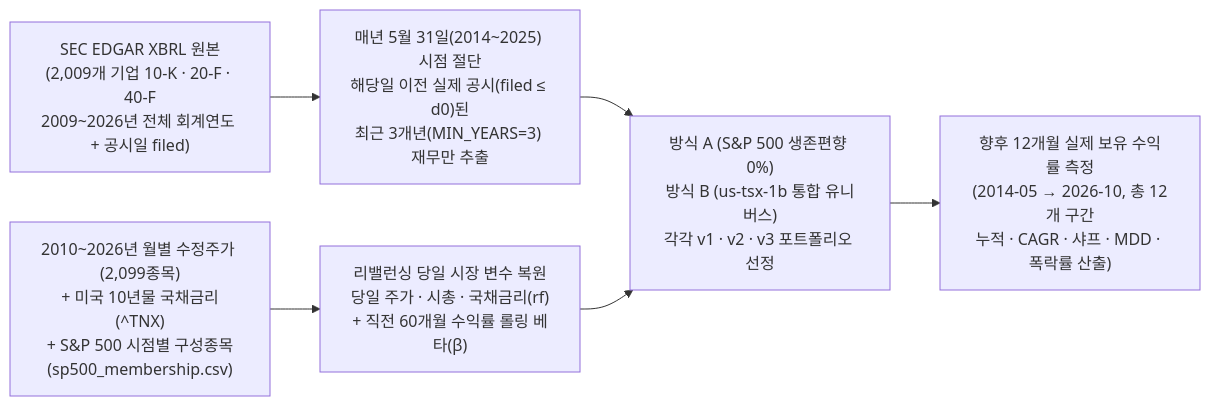
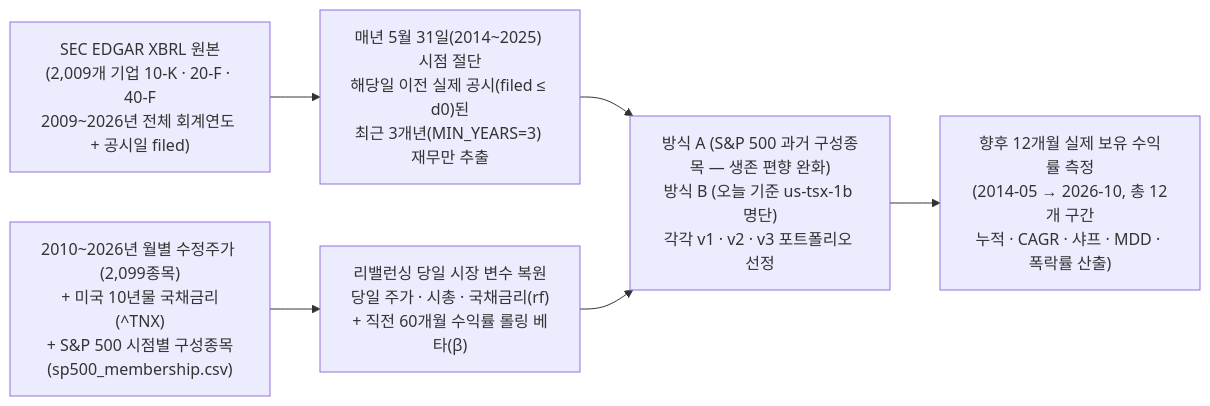
Before and after one commit to sean-ccho/Project_1: the third of 3 diagrams in docs/월스트리트_저평가주식_분석_및_v3제안.md, drawn with Mermaid. The commit also changed other lines of this file and 1 other file, not shown here.

````diff
--- a/docs/월스트리트_저평가주식_분석_및_v3제안.md
+++ b/docs/월스트리트_저평가주식_분석_및_v3제안.md
@@ -630,8 +660,8 @@
 ```mermaid
 flowchart LR
     A["SEC EDGAR XBRL 원본\n(2,009개 기업 10-K · 20-F · 40-F\n2009~2026년 전체 회계연도 + 공시일 filed)"] --> B["매년 5월 31일(2014~2025) 시점 절단\n해당일 이전 실제 공시(filed ≤ d0)된\n최근 3개년(MIN_YEARS=3) 재무만 추출"]
     C["2010~2026년 월별 수정주가 (2,099종목)\n+ 미국 10년물 국채금리(^TNX)\n+ S&P 500 시점별 구성종목(sp500_membership.csv)"] --> D["리밸런싱 당일 시장 변수 복원\n당일 주가 · 시총 · 국채금리(rf)\n+ 직전 60개월 수익률 롤링 베타(β)"]
-    B --> E["방식 A (S&P 500 생존편향 0%)\n방식 B (us-tsx-1b 통합 유니버스)\n각각 v1 · v2 · v3 포트폴리오 선정"]
+    B --> E["방식 A (S&P 500 과거 구성종목 — 생존 편향 완화)\n방식 B (오늘 기준 us-tsx-1b 명단)\n각각 v1 · v2 · v3 포트폴리오 선정"]
     D --> E
     E --> F["향후 12개월 실제 보유 수익률 측정\n(2014-05 → 2026-10, 총 12개 구간\n누적 · CAGR · 샤프 · MDD · 폭락률 산출)"]
 ```
````
